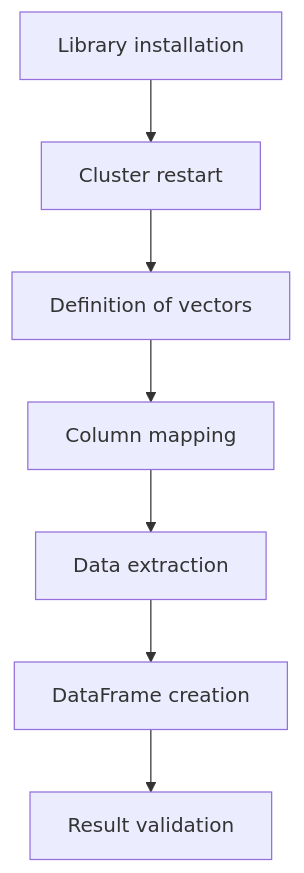
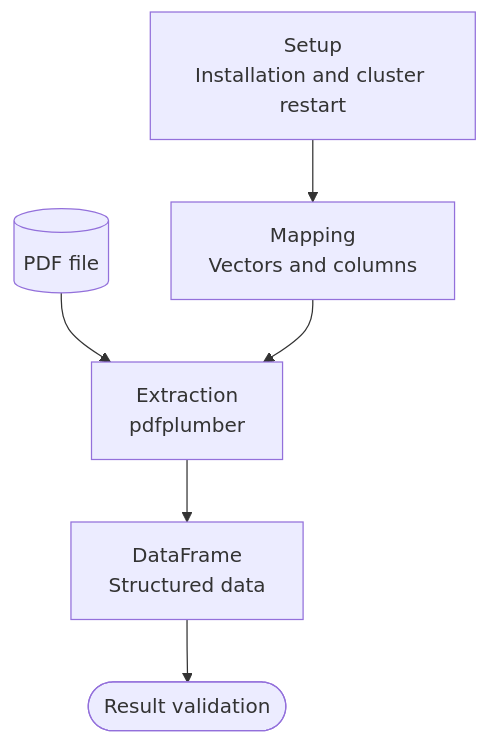
The second of 2 diagrams in databricks/pdf-file-reader/README.md (DevRaulOliveira/main-projects), drawn with Mermaid before and after one commit. The commit also changed other lines of this file, not shown here.

First line of the commit message:
Revise README with bilingual project details and flowcharts

````diff
--- a/databricks/pdf-file-reader/README.md
+++ b/databricks/pdf-file-reader/README.md
@@ -25,9 +125,8 @@
 ```mermaid
-graph TD;
-    A[Library installation] --> B[Cluster restart];
-    B --> C[Definition of vectors];
-    C --> D[Column mapping];
-    D --> E[Data extraction];
-    E --> F[DataFrame creation];
-    F --> G[Result validation];
+flowchart TD
+    A[("PDF file")] --> D["Extraction<br/>pdfplumber"]
+    B["Setup<br/>Installation and cluster restart"] --> C["Mapping<br/>Vectors and columns"]
+    C --> D
+    D --> E["DataFrame<br/>Structured data"]
+    E --> F(["Result validation"])
 ```
````
